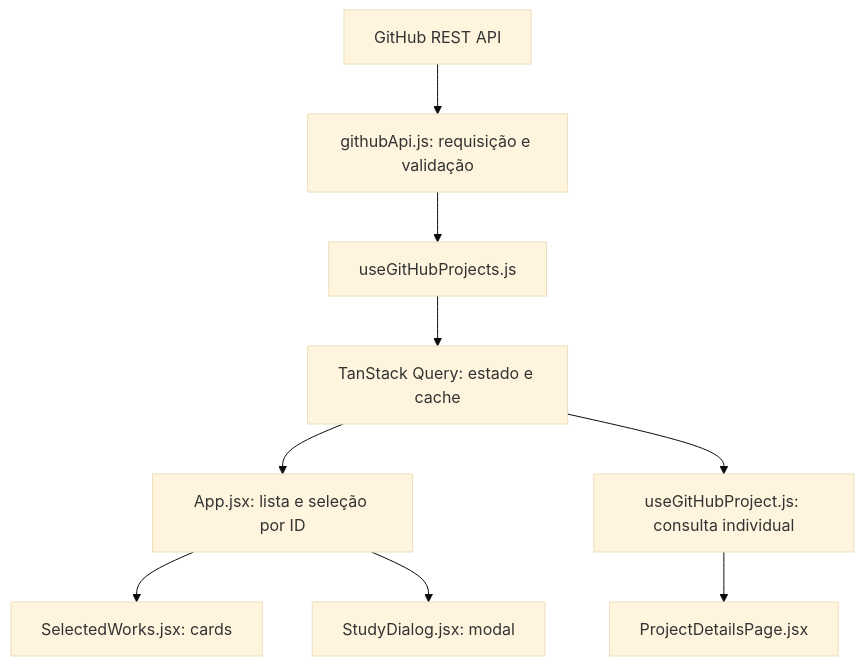
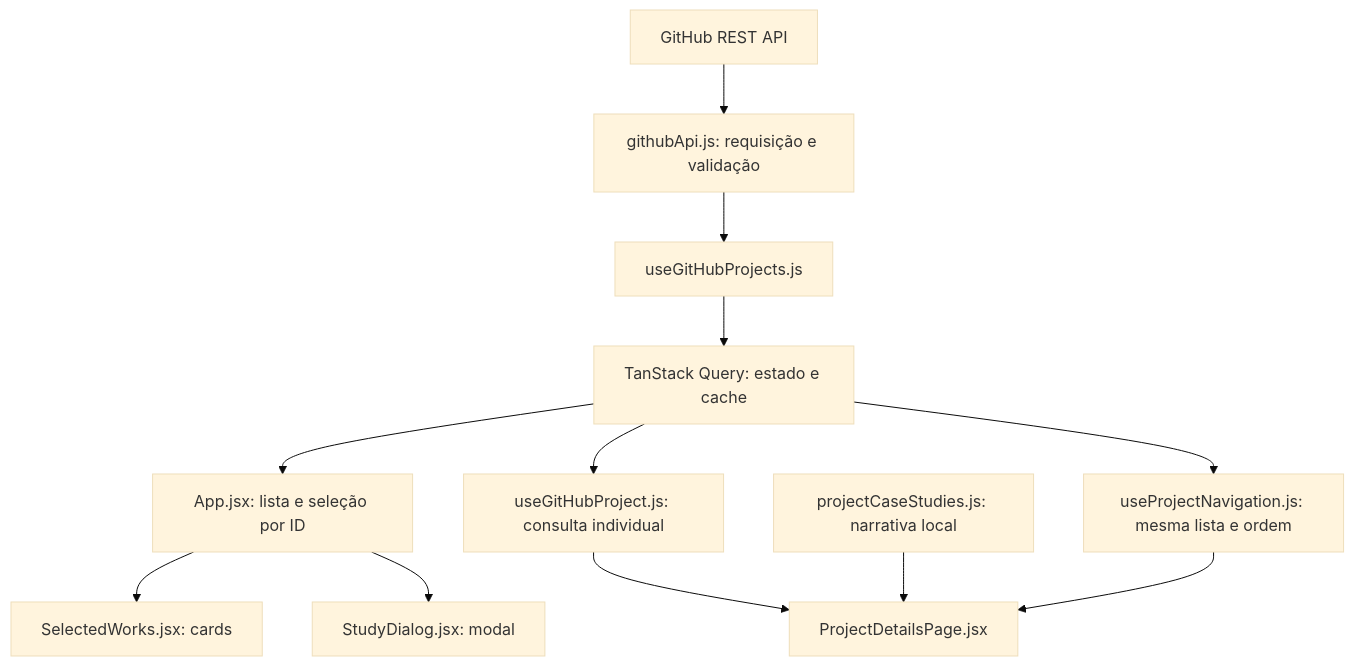
One commit to ArthurSgarbi/CP6-Web-Dev changed the diagram in README.md. Above: the diagram before and after it, drawn with Mermaid (base theme). The commit also changed other lines of this file and 95 other files, not shown here.

````diff
--- a/README.md
+++ b/README.md
@@ -49,11 +49,14 @@
 ```mermaid
 flowchart TD
     API[GitHub REST API] --> Service[githubApi.js: requisição e validação]
     Service --> Hook[useGitHubProjects.js]
     Hook --> Cache[TanStack Query: estado e cache]
     Cache --> App[App.jsx: lista e seleção por ID]
     App --> Cards[SelectedWorks.jsx: cards]
     App --> Modal[StudyDialog.jsx: modal]
     Cache --> Details[useGitHubProject.js: consulta individual]
     Details --> Page[ProjectDetailsPage.jsx]
+    Editorial[projectCaseStudies.js: narrativa local] --> Page
+    Cache --> Navigation[useProjectNavigation.js: mesma lista e ordem]
+    Navigation --> Page
 ```
````
